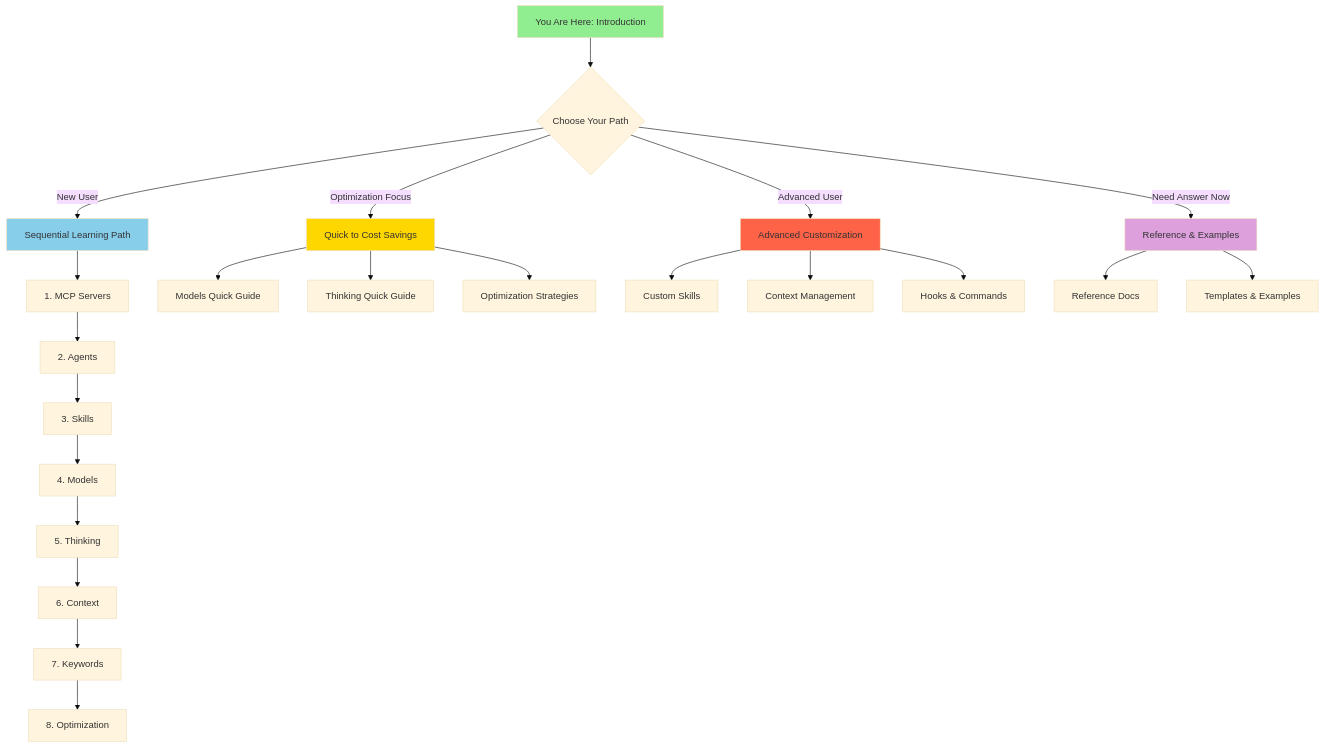
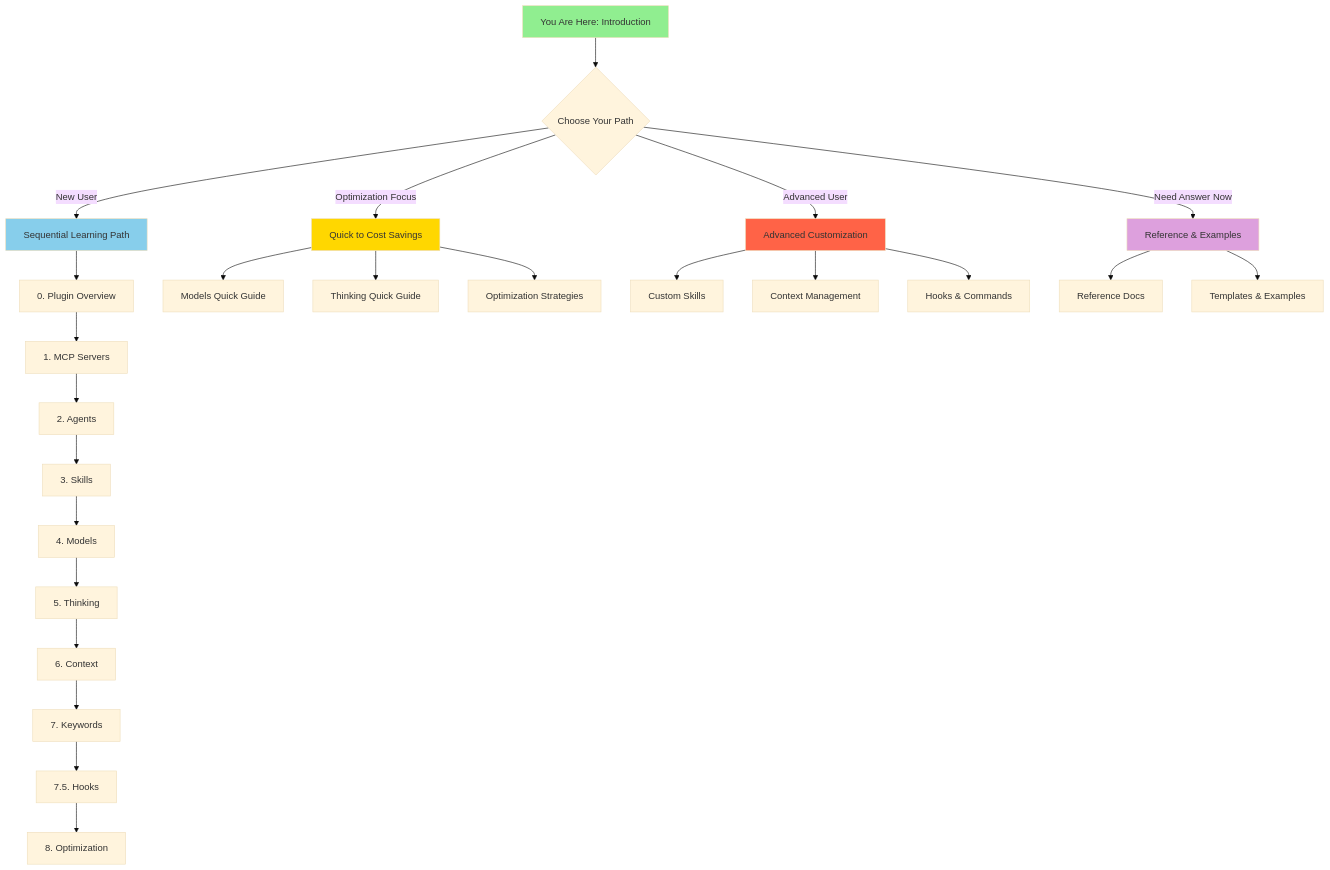
Before and after one commit to sxntixgo/claudecode-documentation: the diagram in INTRODUCTION.md, drawn with Mermaid (base theme). The commit also changed other lines of this file and 7 other files, not shown here.

````diff
--- a/INTRODUCTION.md
+++ b/INTRODUCTION.md
@@ -140,34 +147,36 @@
 ```mermaid
 graph TB
     Start[You Are Here: Introduction] --> Choose{Choose Your Path}
     Choose -->|New User| Sequential[Sequential Learning Path]
     Choose -->|Optimization Focus| Quick[Quick to Cost Savings]
     Choose -->|Advanced User| Custom[Advanced Customization]
     Choose -->|Need Answer Now| Ref[Reference & Examples]
 
-    Sequential --> MCP[1. MCP Servers]
+    Sequential --> Plugins[0. Plugin Overview]
+    Plugins --> MCP[1. MCP Servers]
     MCP --> Agents[2. Agents]
     Agents --> Skills[3. Skills]
     Skills --> Models[4. Models]
     Models --> Thinking[5. Thinking]
     Thinking --> Context[6. Context]
     Context --> Keywords[7. Keywords]
-    Keywords --> Optimization[8. Optimization]
+    Keywords --> Hooks[7.5. Hooks]
+    Hooks --> Optimization[8. Optimization]
 
     Quick --> ModelsQ[Models Quick Guide]
     Quick --> ThinkingQ[Thinking Quick Guide]
     Quick --> OptimizationQ[Optimization Strategies]
 
     Custom --> SkillsC[Custom Skills]
     Custom --> ContextC[Context Management]
     Custom --> KeywordsC[Hooks & Commands]
 
     Ref --> RefDocs[Reference Docs]
     Ref --> Templates[Templates & Examples]
 
     style Start fill:#90EE90
     style Sequential fill:#87CEEB
     style Quick fill:#FFD700
     style Custom fill:#FF6347
     style Ref fill:#DDA0DD
 ```
````
